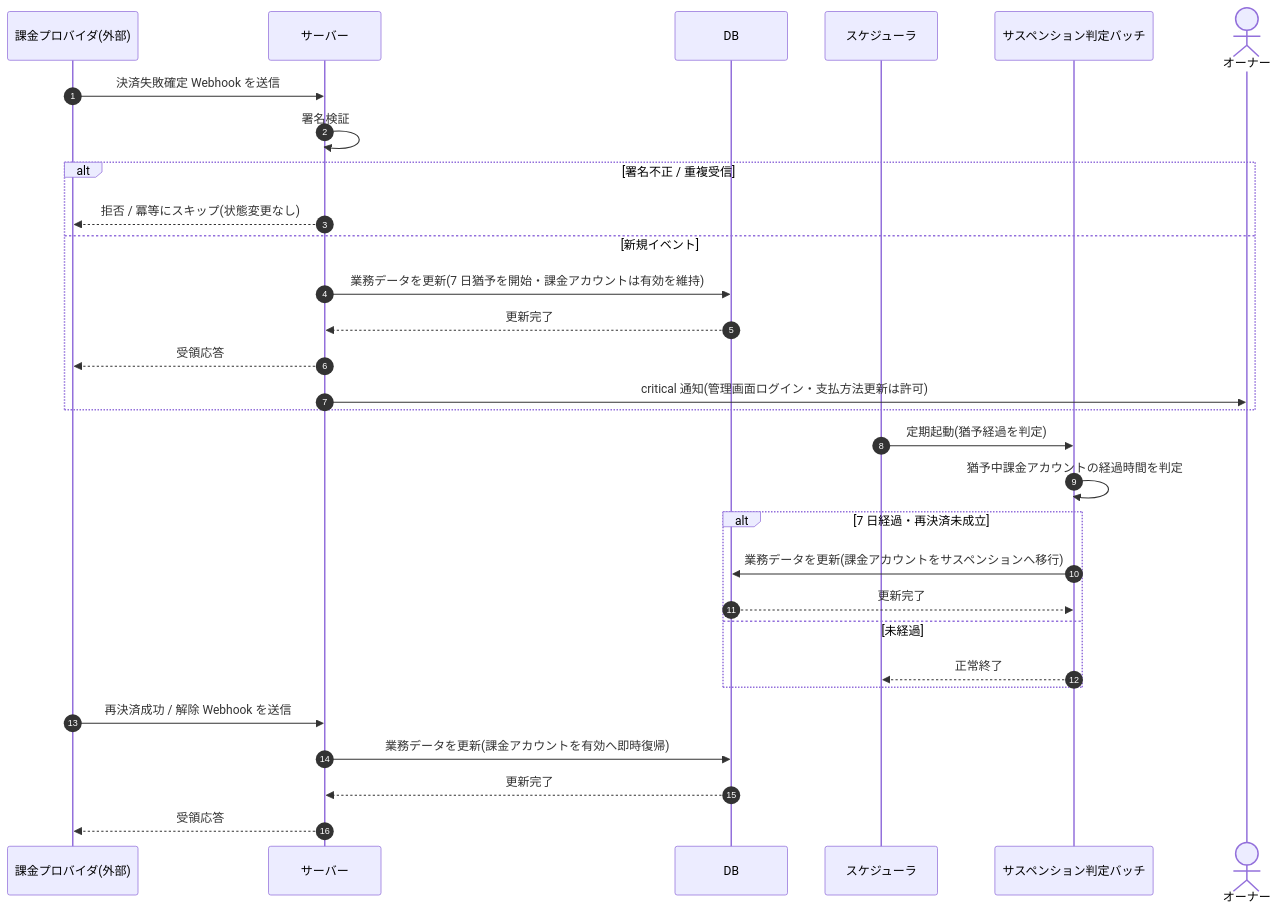
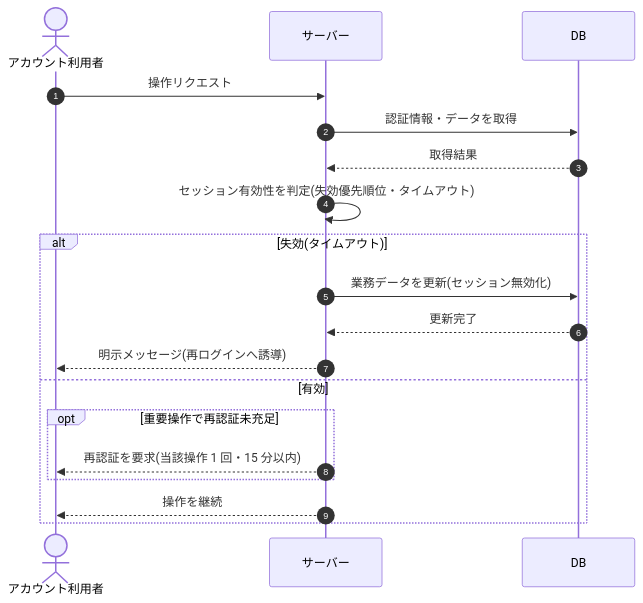
Before and after one commit to sikakou54/open-faq: the diagram in 02_basic_design/03_sequences/SEQ-099.md, drawn with Mermaid. The commit also changed other lines of this file and 99 other files, not shown here.

````diff
--- a/02_basic_design/03_sequences/SEQ-099.md
+++ b/02_basic_design/03_sequences/SEQ-099.md
@@ -25,32 +25,21 @@
 ```mermaid
 sequenceDiagram
   autonumber
-  participant P as 課金プロバイダ(外部)
+  actor U as アカウント利用者
   participant Server as サーバー
   participant DB as DB
-  participant SCH as スケジューラ
-  participant B as サスペンション判定バッチ
-  actor O as オーナー
-  P->>Server: 決済失敗確定 Webhook を送信
-  Server->>Server: 署名検証
-  alt 署名不正 / 重複受信
-    Server-->>P: 拒否 / 冪等にスキップ(状態変更なし)
-  else 新規イベント
-    Server->>DB: 業務データを更新(7 日猶予を開始・課金アカウントは有効を維持)
+  U->>Server: 操作リクエスト
+  Server->>DB: 認証情報・データを取得
+  DB-->>Server: 取得結果
+  Server->>Server: セッション有効性を判定(失効優先順位・タイムアウト)
+  alt 失効(タイムアウト)
+    Server->>DB: 業務データを更新(セッション無効化)
     DB-->>Server: 更新完了
-    Server-->>P: 受領応答
-    Server->>O: critical 通知(管理画面ログイン・支払方法更新は許可)
+    Server-->>U: 明示メッセージ(再ログインへ誘導)
+  else 有効
+    opt 重要操作で再認証未充足
+      Server-->>U: 再認証を要求(当該操作 1 回・15 分以内)
+    end
+    Server-->>U: 操作を継続
   end
-  SCH->>B: 定期起動(猶予経過を判定)
-  B->>B: 猶予中課金アカウントの経過時間を判定
-  alt 7 日経過・再決済未成立
-    B->>DB: 業務データを更新(課金アカウントをサスペンションへ移行)
-    DB-->>B: 更新完了
-  else 未経過
-    B-->>SCH: 正常終了
-  end
-  P->>Server: 再決済成功 / 解除 Webhook を送信
-  Server->>DB: 業務データを更新(課金アカウントを有効へ即時復帰)
-  DB-->>Server: 更新完了
-  Server-->>P: 受領応答
 ```
````
